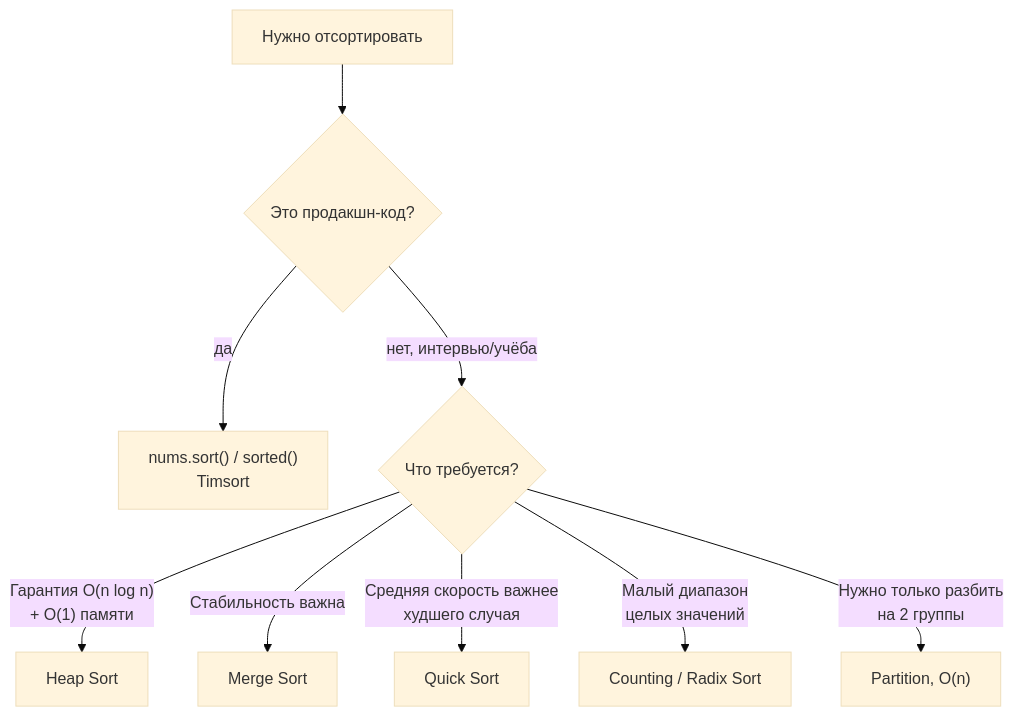
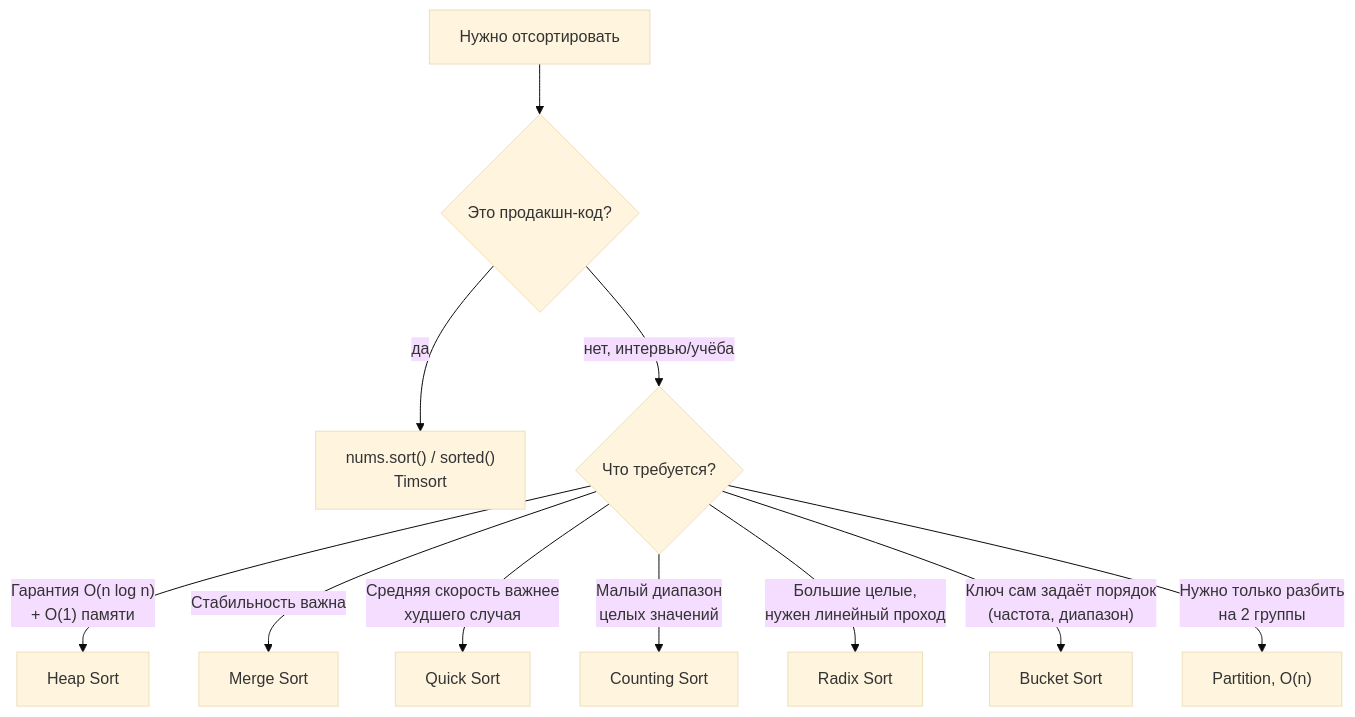
One commit to lychagin/leetcode-tasks changed the fourth of 4 diagrams in Sort/README.md. Above: the diagram before and after it, drawn with Mermaid (base theme). The commit also changed other lines of this file and 6 other files, not shown here.

````diff
--- a/Sort/README.md
+++ b/Sort/README.md
@@ -439,11 +970,13 @@
 ```mermaid
 flowchart TD
     A["Нужно отсортировать"] --> B{"Это продакшн-код?"}
     B -->|да| C["nums.sort() / sorted()<br/>Timsort"]
     B -->|нет, интервью/учёба| D{"Что требуется?"}
     D -->|"Гарантия O(n log n)<br/>+ O(1) памяти"| E["Heap Sort"]
     D -->|"Стабильность важна"| F["Merge Sort"]
     D -->|"Средняя скорость важнее<br/>худшего случая"| G["Quick Sort"]
-    D -->|"Малый диапазон<br/>целых значений"| H["Counting / Radix Sort"]
+    D -->|"Малый диапазон<br/>целых значений"| H["Counting Sort"]
+    D -->|"Большие целые,<br/>нужен линейный проход"| H2["Radix Sort"]
+    D -->|"Ключ сам задаёт порядок<br/>(частота, диапазон)"| H3["Bucket Sort"]
     D -->|"Нужно только разбить<br/>на 2 группы"| I["Partition, O(n)"]
 ```
````
